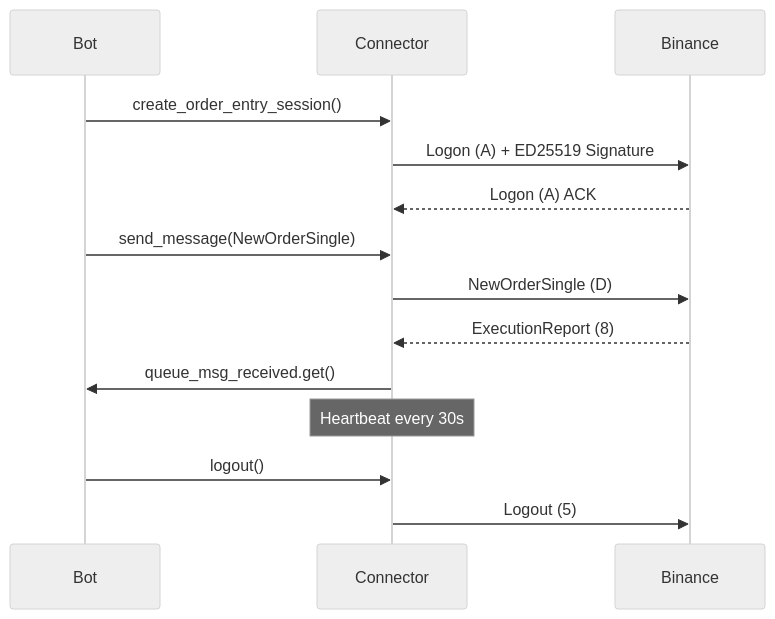
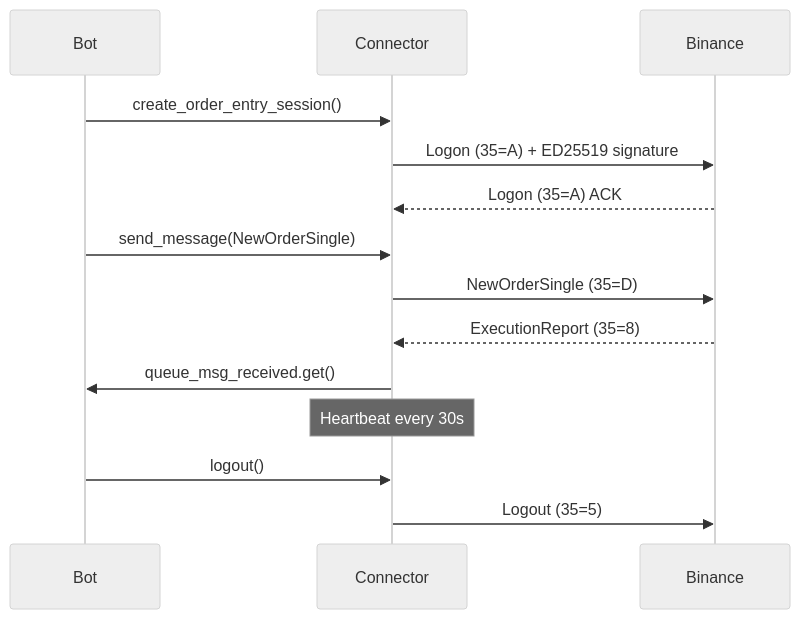
The second of 3 diagrams in README.md (adityonugrohoid/ratu-fix-bot), drawn with Mermaid (neutral theme) before and after one commit. The commit also changed other lines of this file, not shown here.

````diff
--- a/README.md
+++ b/README.md
@@ -54,20 +108,20 @@
 ```mermaid
 sequenceDiagram
     participant Bot
     participant Connector
     participant Binance
-    
+
     Bot->>Connector: create_order_entry_session()
-    Connector->>Binance: Logon (A) + ED25519 Signature
-    Binance-->>Connector: Logon (A) ACK
-    
+    Connector->>Binance: Logon (35=A) + ED25519 signature
+    Binance-->>Connector: Logon (35=A) ACK
+
     Bot->>Connector: send_message(NewOrderSingle)
-    Connector->>Binance: NewOrderSingle (D)
-    Binance-->>Connector: ExecutionReport (8)
+    Connector->>Binance: NewOrderSingle (35=D)
+    Binance-->>Connector: ExecutionReport (35=8)
     Connector->>Bot: queue_msg_received.get()
-    
+
     Note over Connector: Heartbeat every 30s
-    
+
     Bot->>Connector: logout()
-    Connector->>Binance: Logout (5)
+    Connector->>Binance: Logout (35=5)
 ```
````
